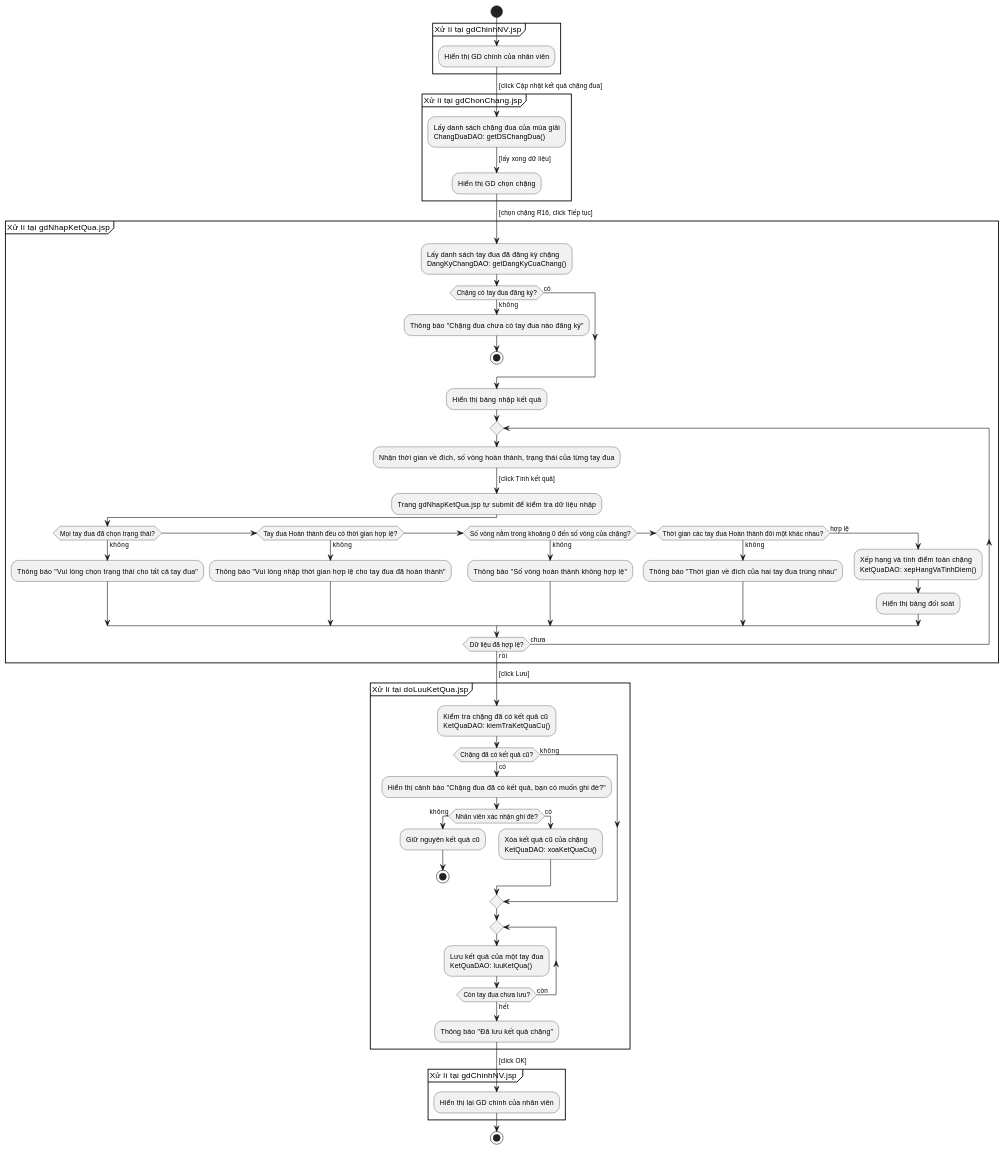
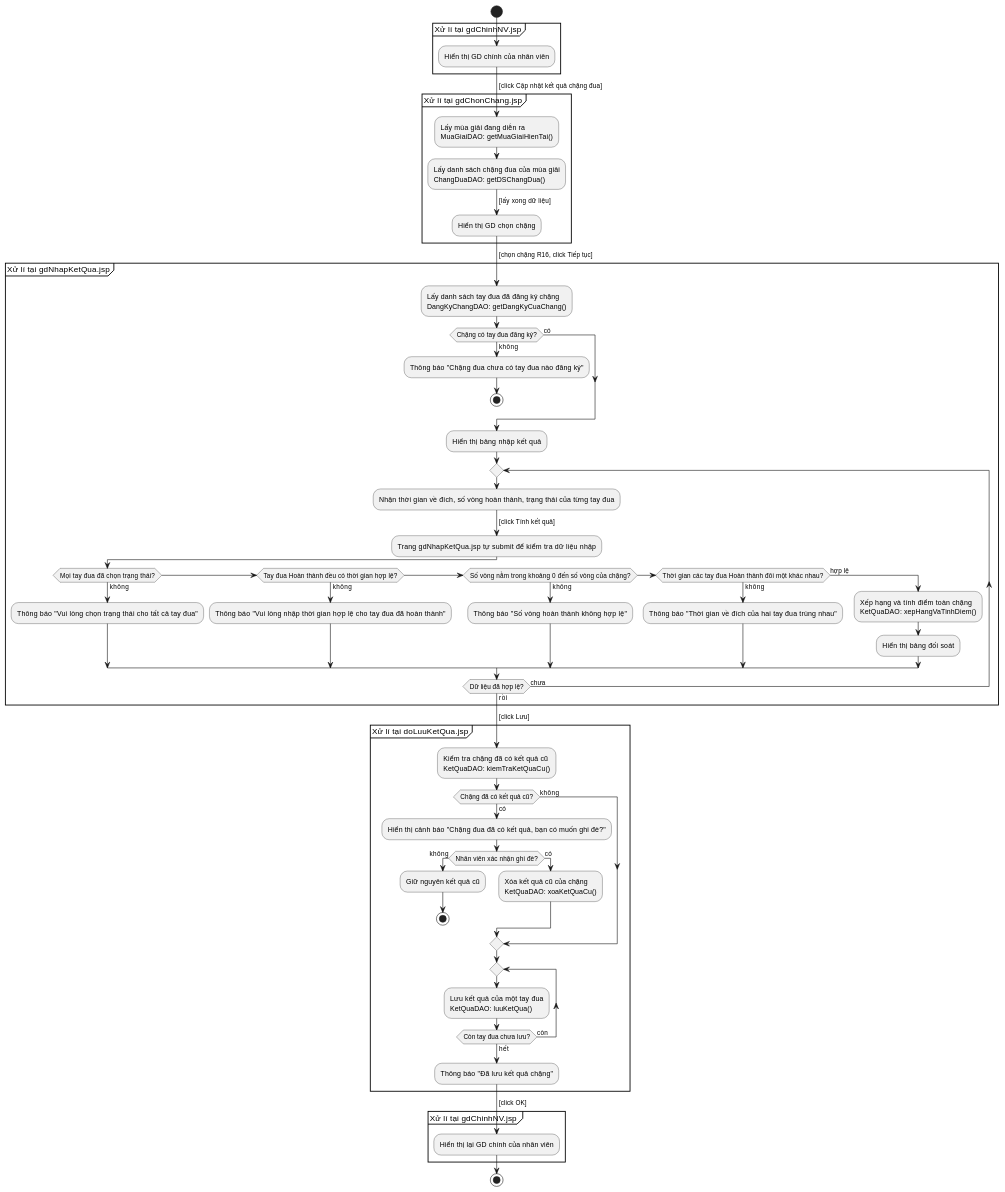
The fifth of 6 diagrams in Module 3 - Kiet/noi-dung.md (7gho/CNPM-He2026), drawn with PlantUML before and after one commit. The commit also changed other lines of this file and 41 other files, not shown here.

````diff
--- a/Module 3 - Kiet/noi-dung.md
+++ b/Module 3 - Kiet/noi-dung.md
@@ -437,70 +432,72 @@
 ```plantuml
 @startuml
 start
 partition "Xử lí tại gdChinhNV.jsp" {
   :Hiển thị GD chính của nhân viên;
 }
 -> [click Cập nhật kết quả chặng đua];
 partition "Xử lí tại gdChonChang.jsp" {
+  :Lấy mùa giải đang diễn ra
+  MuaGiaiDAO: getMuaGiaiHienTai();
   :Lấy danh sách chặng đua của mùa giải
   ChangDuaDAO: getDSChangDua();
   -> [lấy xong dữ liệu];
   :Hiển thị GD chọn chặng;
 }
 -> [chọn chặng R16, click Tiếp tục];
 partition "Xử lí tại gdNhapKetQua.jsp" {
   :Lấy danh sách tay đua đã đăng ký chặng
   DangKyChangDAO: getDangKyCuaChang();
   if (Chặng có tay đua đăng ký?) then (không)
     :Thông báo "Chặng đua chưa có tay đua nào đăng ký";
     stop
   else (có)
   endif
   :Hiển thị bảng nhập kết quả;
   repeat
     :Nhận thời gian về đích, số vòng hoàn thành, trạng thái của từng tay đua;
     -> [click Tính kết quả];
     :Trang gdNhapKetQua.jsp tự submit để kiểm tra dữ liệu nhập;
     if (Mọi tay đua đã chọn trạng thái?) then (không)
       :Thông báo "Vui lòng chọn trạng thái cho tất cả tay đua";
     elseif (Tay đua Hoàn thành đều có thời gian hợp lệ?) then (không)
       :Thông báo "Vui lòng nhập thời gian hợp lệ cho tay đua đã hoàn thành";
     elseif (Số vòng nằm trong khoảng 0 đến số vòng của chặng?) then (không)
       :Thông báo "Số vòng hoàn thành không hợp lệ";
     elseif (Thời gian các tay đua Hoàn thành đôi một khác nhau?) then (không)
       :Thông báo "Thời gian về đích của hai tay đua trùng nhau";
     else (hợp lệ)
       :Xếp hạng và tính điểm toàn chặng
       KetQuaDAO: xepHangVaTinhDiem();
       :Hiển thị bảng đối soát;
     endif
   repeat while (Dữ liệu đã hợp lệ?) is (chưa) not (rồi)
 }
 -> [click Lưu];
 partition "Xử lí tại doLuuKetQua.jsp" {
   :Kiểm tra chặng đã có kết quả cũ
   KetQuaDAO: kiemTraKetQuaCu();
   if (Chặng đã có kết quả cũ?) then (có)
     :Hiển thị cảnh báo "Chặng đua đã có kết quả, bạn có muốn ghi đè?";
     if (Nhân viên xác nhận ghi đè?) then (không)
       :Giữ nguyên kết quả cũ;
       stop
     else (có)
       :Xóa kết quả cũ của chặng
       KetQuaDAO: xoaKetQuaCu();
     endif
   else (không)
   endif
   repeat
     :Lưu kết quả của một tay đua
     KetQuaDAO: luuKetQua();
   repeat while (Còn tay đua chưa lưu?) is (còn) not (hết)
   :Thông báo "Đã lưu kết quả chặng";
 }
 -> [click OK];
 partition "Xử lí tại gdChinhNV.jsp " {
   :Hiển thị lại GD chính của nhân viên;
 }
 stop
 @enduml
 ```
````
